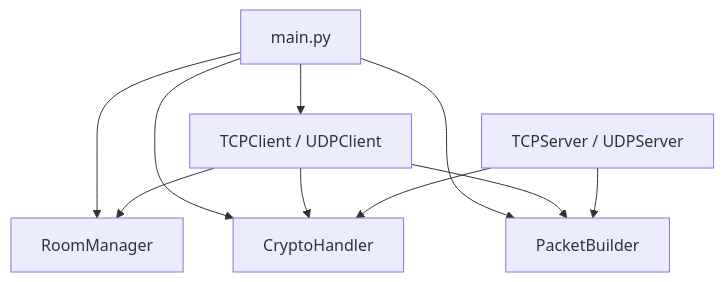
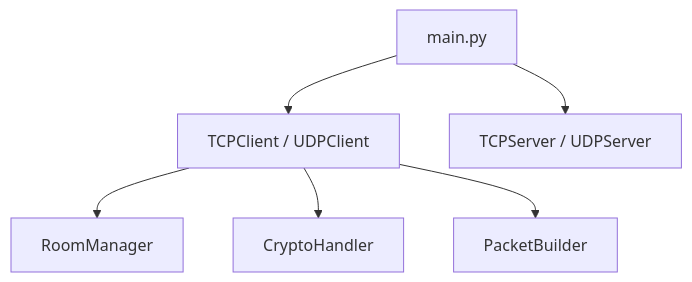
One commit to BackendExplorer/Online-Chat-Service changed the first of 6 diagrams in README.md. Above: the diagram before and after it, drawn with Mermaid.

````diff
--- a/README.md
+++ b/README.md
@@ -1,25 +1,19 @@
 ```mermaid
 graph TD
-  %% ノード定義
+
   UI["main.py"]
+  Application["TCPClient / UDPClient"]
   Domain["RoomManager"]
   Infra["CryptoHandler"]
   Packet["PacketBuilder"]
   Server["TCPServer / UDPServer"]
-  Client["TCPClient / UDPClient"]
 
-  %% 関係性
-  UI --> Client
-  UI --> Domain
-  UI --> Infra
-  UI --> Packet
+  UI --> Application
+  UI --> Server
+  Application --> Domain
+  Application --> Infra
+  Application --> Packet
 
-  Client --> Domain
-  Client --> Infra
-  Client --> Packet
-
-  Server --> Infra
-  Server --> Packet
 
 
 ```
````
